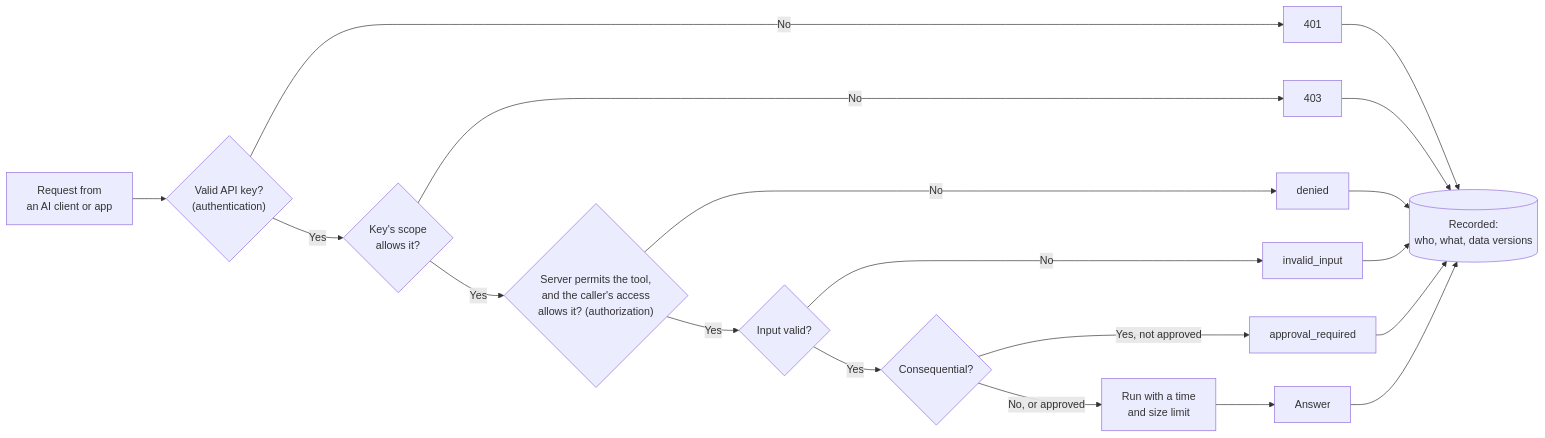
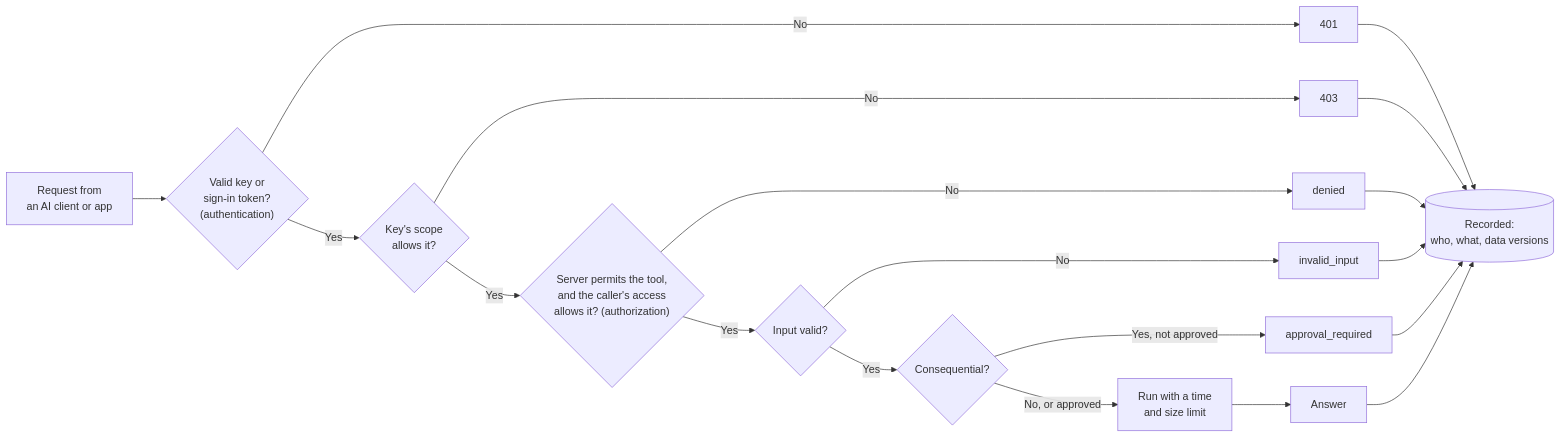
One commit to yuxuzi/quant-agent-os changed the diagram in docs/tutorial.md. Above: the diagram before and after it, drawn with Mermaid. The commit also changed other lines of this file and 2 other files, not shown here.

Commit message:
docs(tutorial): rerun on 0.8.0; sign-in, per-tool approvals, and Lab 10 on existing code

````diff
--- a/docs/tutorial.md
+++ b/docs/tutorial.md
@@ -42,16 +44,16 @@
 ```mermaid
 flowchart LR
-    A["Request from<br/>an AI client or app"] --> K{"Valid API key?<br/>(authentication)"}
+    A["Request from<br/>an AI client or app"] --> K{"Valid key or<br/>sign-in token?<br/>(authentication)"}
     K -->|No| K1["401"]
     K -->|Yes| S{"Key's scope<br/>allows it?"}
     S -->|No| S1["403"]
     S -->|Yes| P{"Server permits the tool,<br/>and the caller's access<br/>allows it? (authorization)"}
     P -->|No| P1["denied"]
     P -->|Yes| V{"Input valid?"}
     V -->|No| V1["invalid_input"]
     V -->|Yes| C{"Consequential?"}
     C -->|Yes, not approved| C1["approval_required"]
     C -->|No, or approved| R["Run with a time<br/>and size limit"]
     R --> O["Answer"]
     K1 & S1 & P1 & V1 & C1 & O --> L[("Recorded:<br/>who, what, data versions")]
 ```
````
